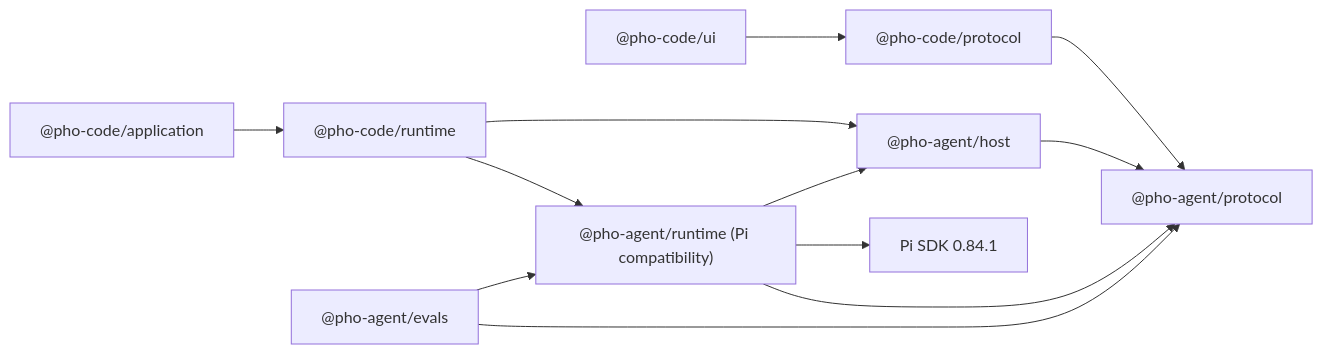
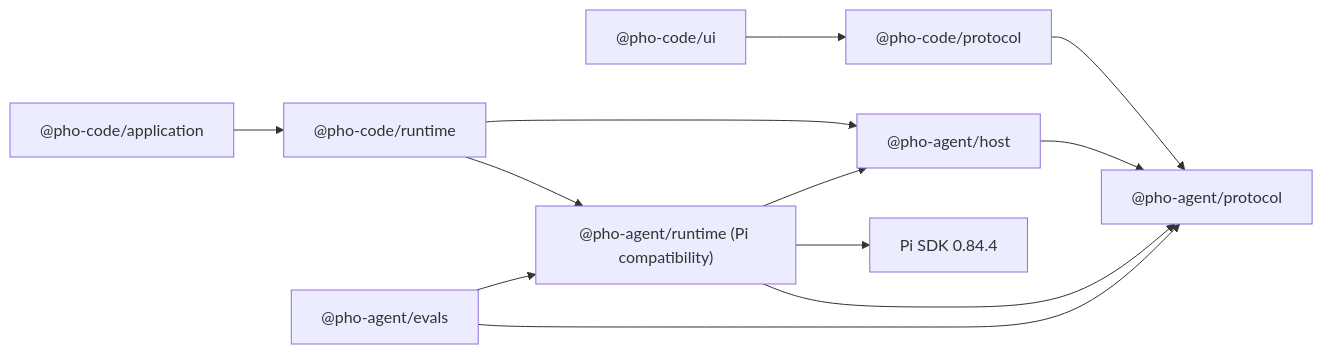
One commit to vietfood/pho-code changed the diagram in docs/version/v5/implementation-plan.md. Above: the diagram before and after it, drawn with Mermaid. The commit also changed other lines of this file and 37 other files, not shown here.

````diff
--- a/docs/version/v5/implementation-plan.md
+++ b/docs/version/v5/implementation-plan.md
@@ -142,14 +142,14 @@
 ```mermaid
 flowchart LR
     CodeUI["@pho-code/ui"] --> CodeProtocol["@pho-code/protocol"]
     CodeProtocol --> AgentProtocol["@pho-agent/protocol"]
     CodeApplication["@pho-code/application"] --> CodeRuntime["@pho-code/runtime"]
     CodeRuntime --> AgentHost["@pho-agent/host"]
     AgentHost --> AgentProtocol
     CodeRuntime --> AgentRuntime["@pho-agent/runtime (Pi compatibility)"]
     AgentRuntime --> AgentHost
     AgentRuntime --> AgentProtocol
-    AgentRuntime --> Pi["Pi SDK 0.84.1"]
+    AgentRuntime --> Pi["Pi SDK 0.84.4"]
     AgentEvals["@pho-agent/evals"] --> AgentRuntime
     AgentEvals --> AgentProtocol
 ```
````
